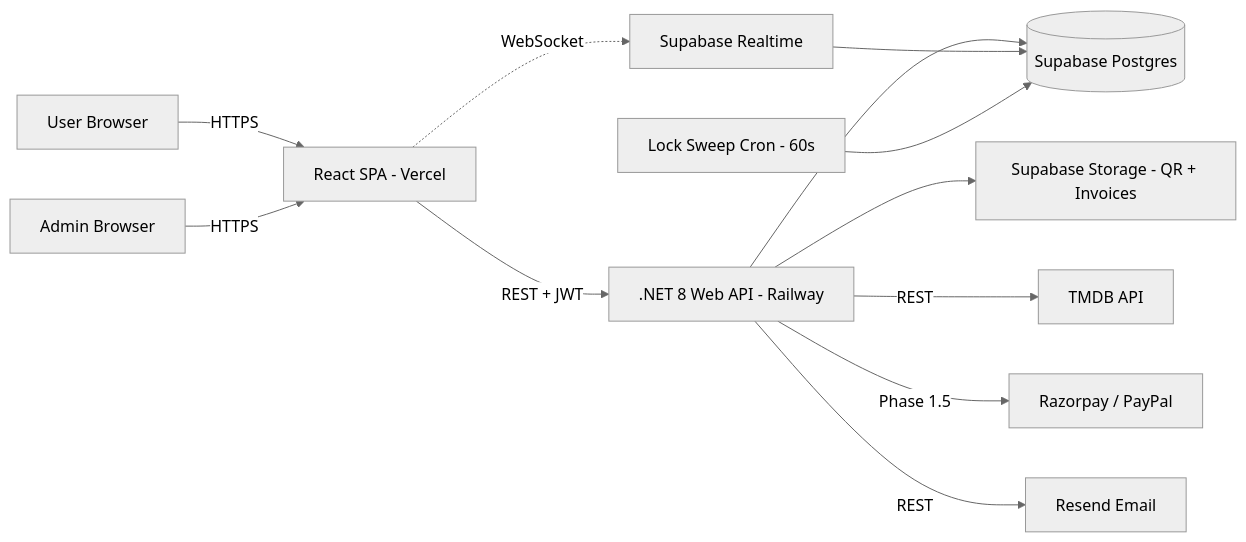
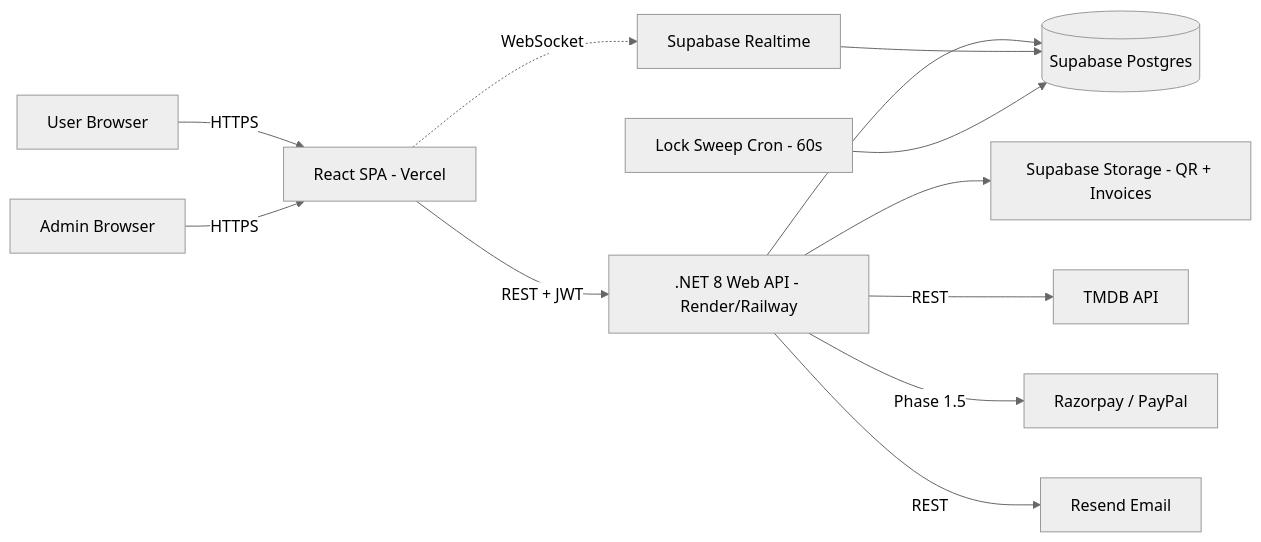
The diagram in docs/ARCHITECTURE.md (Sanjay12089/BookKaroo), drawn with Mermaid (neutral theme) before and after one commit. The commit also changed other lines of this file and 2 other files, not shown here.

Commit message:
chore: update architecture docs, remove legacy SKILLS.md

````diff
--- a/docs/ARCHITECTURE.md
+++ b/docs/ARCHITECTURE.md
@@ -7,14 +10,14 @@
 ```mermaid
 flowchart LR
     U[User Browser] -->|HTTPS| FE[React SPA - Vercel]
     A[Admin Browser] -->|HTTPS| FE
-    FE -->|REST + JWT| API[.NET 8 Web API - Railway]
+    FE -->|REST + JWT| API[.NET 8 Web API - Render/Railway]
     FE -.->|WebSocket| RT[Supabase Realtime]
     API --> DB[(Supabase Postgres)]
     API --> ST[Supabase Storage - QR + Invoices]
     RT --> DB
     API -->|REST| TMDB[TMDB API]
     API -->|Phase 1.5| GW[Razorpay / PayPal]
     API -->|REST| RES[Resend Email]
     CRON[Lock Sweep Cron - 60s] --> DB
 ```
````
